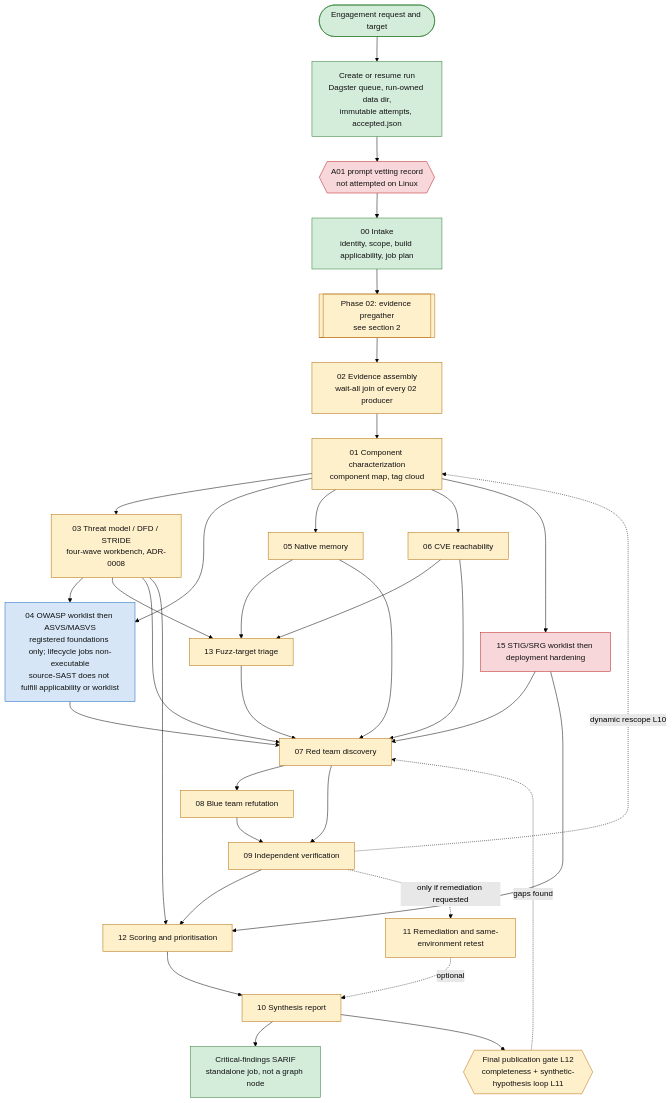
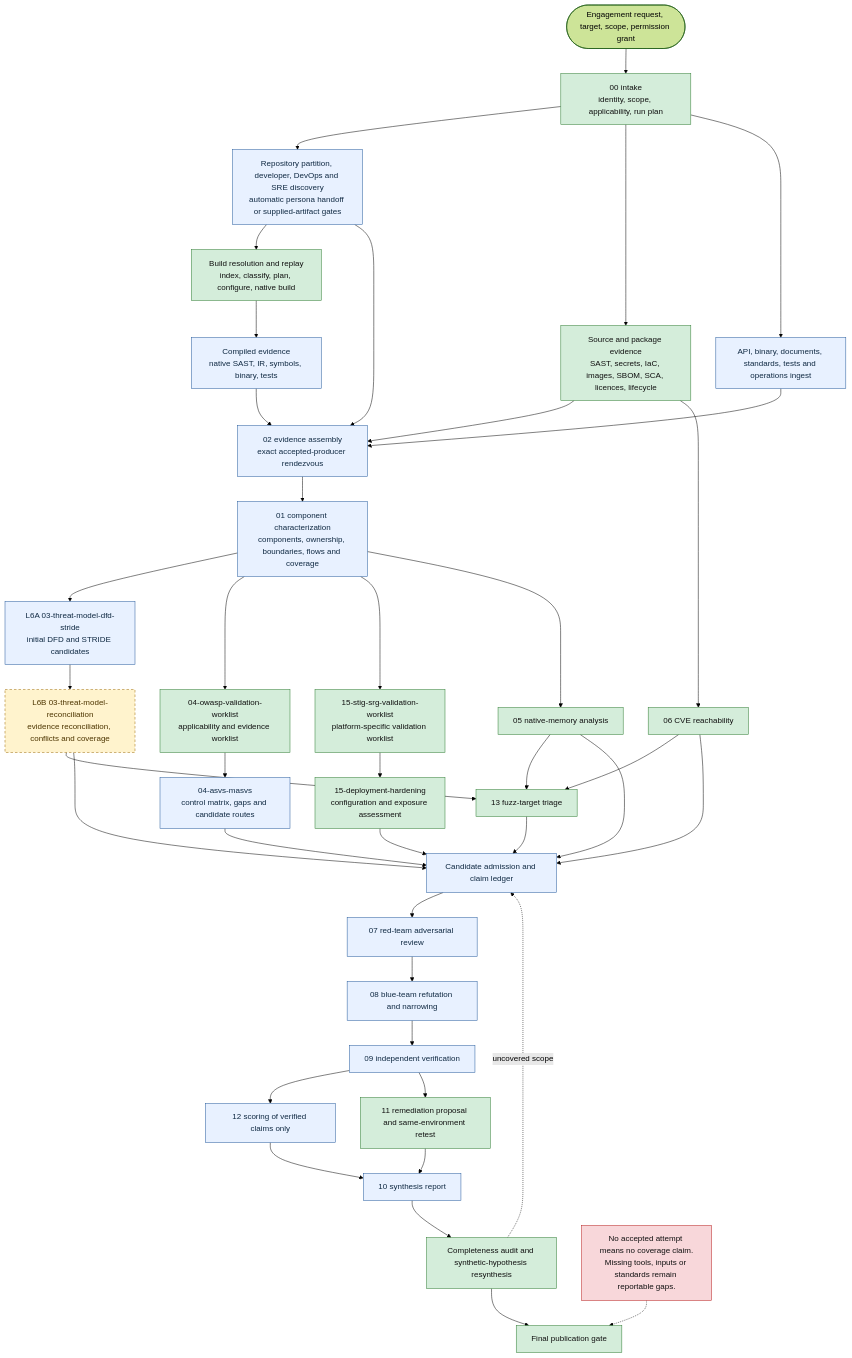
Before and after one commit to wsollers/appsec-review: the first of 3 diagrams in docs/appsec-review-process-flow.md, drawn with Mermaid (forest theme). The commit also changed other lines of this file and 8 other files, not shown here.

Commit message:
Synchronize workflow and threat model documentation

````diff
--- a/docs/appsec-review-process-flow.md
+++ b/docs/appsec-review-process-flow.md
@@ -20,47 +24,56 @@
 ```mermaid
 flowchart TD
-  classDef built fill:#d4edda,stroke:#2e7d32,color:#111
-  classDef found fill:#d6e6f7,stroke:#1565c0,color:#111
-  classDef todo fill:#fff0cc,stroke:#b26a00,color:#111
+  classDef enabled fill:#d4edda,stroke:#2e7d32,color:#111
+  classDef standalone fill:#e8f1ff,stroke:#245a9b,color:#102a43
+  classDef active fill:#fff3cd,stroke:#9a6700,color:#4d3500,stroke-dasharray:5 4
   classDef gate fill:#f8d7da,stroke:#b71c1c,color:#111
-  classDef none fill:#e6e6e6,stroke:#666,color:#111
 
-  REQ([Engagement request and target]):::built --> RUN[Create or resume run<br/>Dagster queue, run-owned data dir,<br/>immutable attempts, accepted.json]:::built
-  RUN --> VET{{A01 prompt vetting record<br/>not attempted on Linux}}:::gate
-  VET --> INT[00 Intake<br/>identity, scope, build applicability, job plan]:::built
+  REQ([Engagement request, target, scope, permission grant]) --> INT[00 intake<br/>identity, scope, applicability, run plan]:::enabled
+  INT --> DISC[Repository partition, developer, DevOps and SRE discovery<br/>automatic persona handoff or supplied-artifact gates]:::standalone
+  INT --> STATIC[Source and package evidence<br/>SAST, secrets, IaC, images, SBOM, SCA, licences, lifecycle]:::enabled
+  DISC --> BUILD[Build resolution and replay<br/>index, classify, plan, configure, native build]:::enabled
+  BUILD --> COMPILED[Compiled evidence<br/>native SAST, IR, symbols, binary, tests]:::standalone
+  INT --> INGEST[API, binary, documents, standards, tests and operations ingest]:::standalone
 
-  INT --> P2[[Phase 02: evidence pregather<br/>see section 2]]:::todo
-  P2 --> ASM[02 Evidence assembly<br/>wait-all join of every 02 producer]:::todo
-  ASM --> CMP[01 Component characterization<br/>component map, tag cloud]:::todo
+  STATIC --> ASM[02 evidence assembly<br/>exact accepted-producer rendezvous]:::standalone
+  COMPILED --> ASM
+  INGEST --> ASM
+  DISC --> ASM
+  ASM --> COMP[01 component characterization<br/>components, ownership, boundaries, flows and coverage]:::standalone
 
-  CMP --> TM[03 Threat model / DFD / STRIDE<br/>four-wave workbench, ADR-0008]:::todo
-  CMP --> OW[04 OWASP worklist then ASVS/MASVS<br/>registered foundations only; lifecycle jobs non-executable<br/>source-SAST does not fulfill applicability or worklist]:::found
-  CMP --> NM[05 Native memory]:::todo
-  CMP --> CV[06 CVE reachability]:::todo
-  CMP --> HD[15 STIG/SRG worklist then deployment hardening]:::gate
-  TM --> OW
-  TM --> FZ[13 Fuzz-target triage]:::todo
-  NM --> FZ
-  CV --> FZ
+  COMP --> L6A[L6A 03-threat-model-dfd-stride<br/>initial DFD and STRIDE candidates]:::standalone
+  L6A --> L6B[L6B 03-threat-model-reconciliation<br/>evidence reconciliation, conflicts and coverage]:::active
 
-  OW --> RT
-  TM --> RT
-  NM --> RT
-  CV --> RT
-  HD --> RT
-  FZ --> RT[07 Red team discovery]:::todo
-  RT --> BT[08 Blue team refutation]:::todo
-  RT --> IV
-  BT --> IV[09 Independent verification]:::todo
-  IV --> SC[12 Scoring and prioritisation]:::todo
-  HD --> SC
-  TM --> SC
-  IV -. only if remediation requested .-> RM[11 Remediation and same-environment retest]:::todo
-  SC --> SY[10 Synthesis report]:::todo
-  RM -. optional .-> SY
-  SY --> SARIF[Critical-findings SARIF<br/>standalone job, not a graph node]:::built
-  SY --> FIN{{Final publication gate L12<br/>completeness + synthetic-hypothesis loop L11}}:::todo
+  COMP --> OW[04-owasp-validation-worklist<br/>applicability and evidence worklist]:::enabled
+  OW --> ASVS[04-asvs-masvs<br/>control matrix, gaps and candidate routes]:::standalone
 
-  IV -. dynamic rescope L10 .-> CMP
-  FIN -. gaps found .-> RT
+  COMP --> STIG[15-stig-srg-validation-worklist<br/>platform-specific validation worklist]:::enabled
+  STIG --> DEPLOY[15-deployment-hardening<br/>configuration and exposure assessment]:::enabled
+
+  COMP --> NM[05 native-memory analysis]:::enabled
+  STATIC --> CVE[06 CVE reachability]:::enabled
+  L6B --> FUZZ[13 fuzz-target triage]:::enabled
+  NM --> FUZZ
+  CVE --> FUZZ
+
+  L6B --> ADMIT[Candidate admission and claim ledger]:::standalone
+  ASVS --> ADMIT
+  DEPLOY --> ADMIT
+  NM --> ADMIT
+  CVE --> ADMIT
+  FUZZ --> ADMIT
+
+  ADMIT --> RED[07 red-team adversarial review]:::standalone
+  RED --> BLUE[08 blue-team refutation and narrowing]:::standalone
+  BLUE --> VERIFY[09 independent verification]:::standalone
+  VERIFY --> SCORE[12 scoring of verified claims only]:::standalone
+  VERIFY --> REM[11 remediation proposal and same-environment retest]:::enabled
+  SCORE --> SYNTH[10 synthesis report]:::standalone
+  REM --> SYNTH
+  SYNTH --> COMPLETE[Completeness audit and synthetic-hypothesis resynthesis]:::enabled
+  COMPLETE --> FINAL[Final publication gate]:::enabled
+  COMPLETE -. uncovered scope .-> ADMIT
+
+  NOTE[No accepted attempt means no coverage claim.<br/>Missing tools, inputs or standards remain reportable gaps.]:::gate
+  NOTE -.-> FINAL
 ```
````
